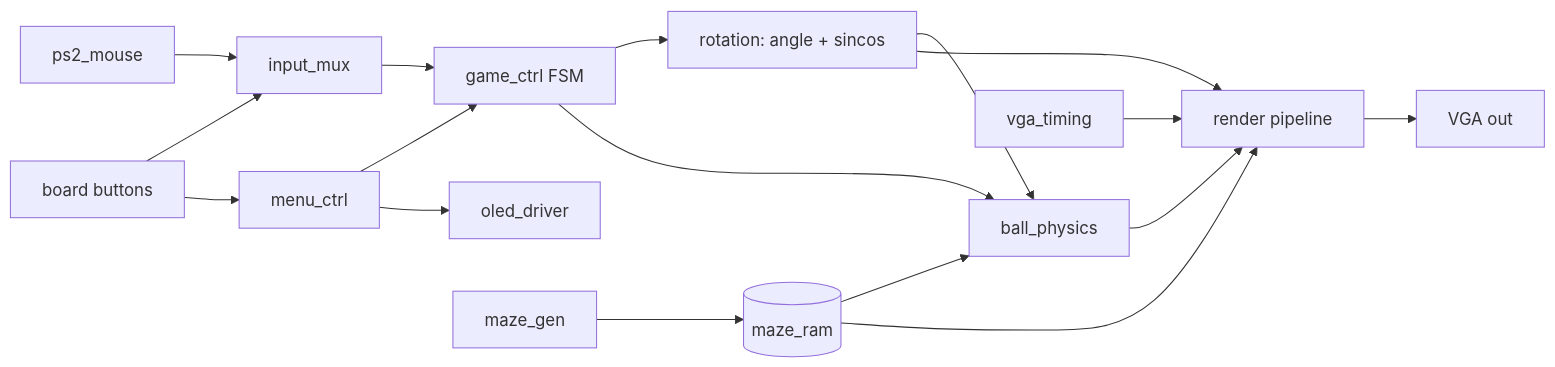
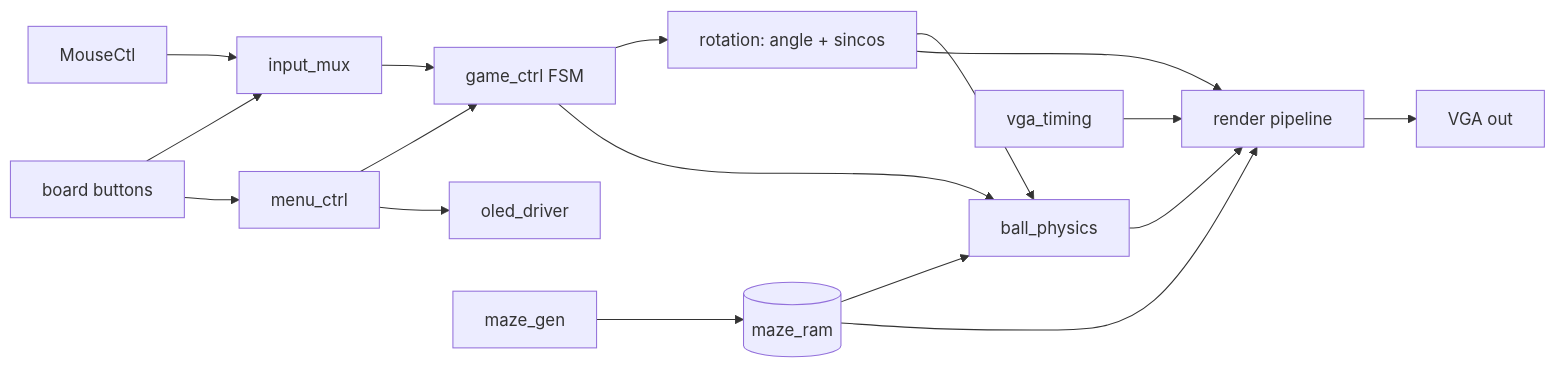
Before and after one commit to doyk0215/2D-Labyrinth-on-FPGA: the first of 2 diagrams in _bmad-output/planning-artifacts/architecture/architecture-2D-Labyrinth-on-FPGA-2026-10-23/ARCHITECTURE-SPINE.md, drawn with Mermaid. The commit also changed other lines of this file and 6 other files, not shown here.

````diff
--- a/_bmad-output/planning-artifacts/architecture/architecture-2D-Labyrinth-on-FPGA-2026-10-23/ARCHITECTURE-SPINE.md
+++ b/_bmad-output/planning-artifacts/architecture/architecture-2D-Labyrinth-on-FPGA-2026-10-23/ARCHITECTURE-SPINE.md
@@ -26,19 +26,19 @@
 ```mermaid
 graph LR
-  mouse[ps2_mouse] --> inmux[input_mux]
+  mouse[MouseCtl] --> inmux[input_mux]
   btn[board buttons] --> inmux
   btn --> menu[menu_ctrl]
   inmux --> ctrl[game_ctrl FSM]
   menu --> ctrl
   menu --> oled[oled_driver]
   ctrl --> rot[rotation: angle + sincos]
   ctrl --> phys[ball_physics]
   gen[maze_gen] --> ram[(maze_ram)]
   ram --> phys
   ram --> rend[render pipeline]
   rot --> phys
   rot --> rend
   phys --> rend
   vt[vga_timing] --> rend
   rend --> vga[VGA out]
 ```
````
